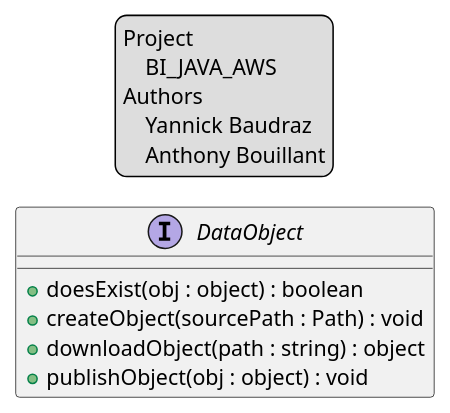
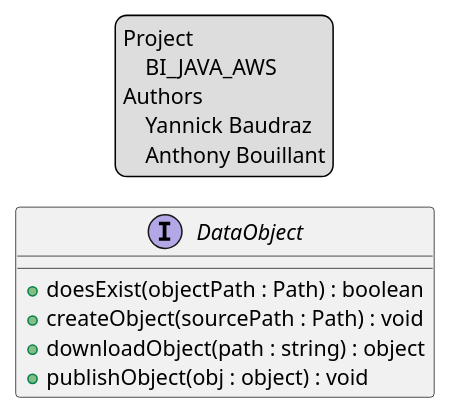
Before and after one commit to CPNV-ES-BI/BI_JAVA_AWS: the diagram in doc/DataObject.puml, drawn with PlantUML. The commit also changed 3 other files, not shown here.

Commit message:
Update doesExist code

```diff
--- a/doc/DataObject.puml
+++ b/doc/DataObject.puml
@@ -1,19 +1,19 @@
 @startuml
 'https://plantuml.com/class-diagram
 
 legend top
     Project
         BI_JAVA_AWS
     Authors
         Yannick Baudraz
         Anthony Bouillant
 endlegend
 
 interface DataObject {
-    + doesExist(obj : object) : boolean
+    + doesExist(objectPath : Path) : boolean
     + createObject(sourcePath : Path) : void
     + downloadObject(path : string) : object
     + publishObject(obj : object) : void
 }
 
 @enduml
```
